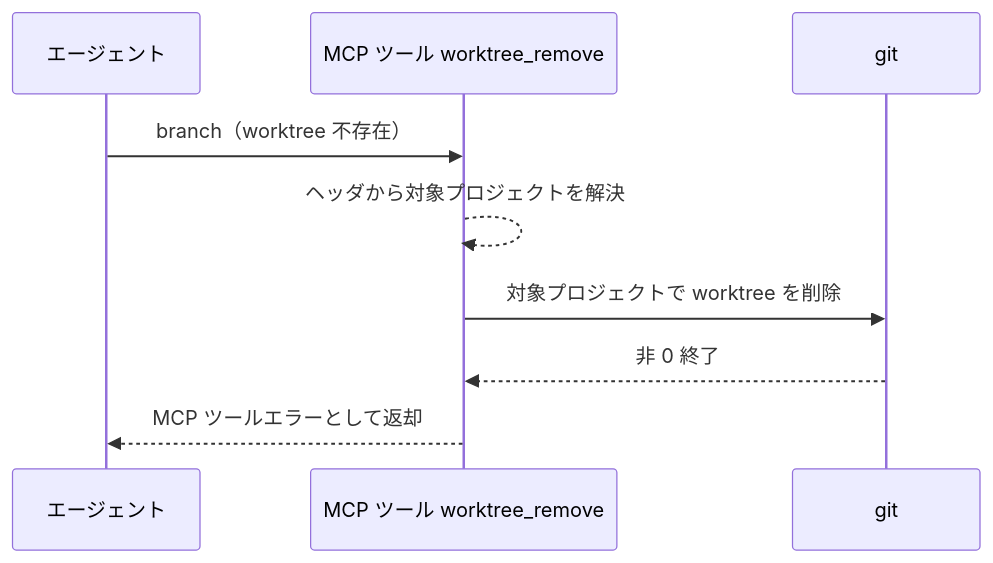
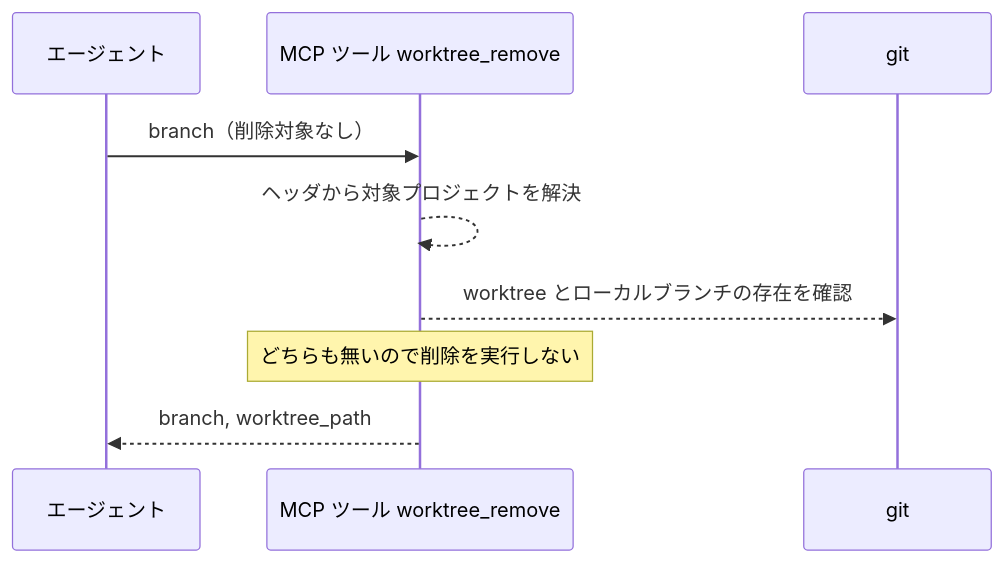
Before and after one commit to shuhei1101/ai-monitor: the second of 3 diagrams in docs/wiki/設計図/バックエンド結合/worktree削除.py.md, drawn with Mermaid. The commit also changed other lines of this file and 28 other files, not shown here.

````diff
--- a/docs/wiki/設計図/バックエンド結合/worktree削除.py.md
+++ b/docs/wiki/設計図/バックエンド結合/worktree削除.py.md
@@ -106,12 +113,12 @@
 ```mermaid
 sequenceDiagram
   participant A as エージェント
   participant T as MCP ツール worktree_remove
   participant G as git
 
-  A->>T: branch（worktree 不存在）
+  A->>T: branch（削除対象なし）
   T-->>T: ヘッダから対象プロジェクトを解決
-  T->>G: 対象プロジェクトで worktree を削除
-  G-->>T: 非 0 終了
-  T-->>A: MCP ツールエラーとして返却
+  T-->>G: worktree とローカルブランチの存在を確認
+  Note over T: どちらも無いので削除を実行しない
+  T-->>A: branch, worktree_path
 ```
````
